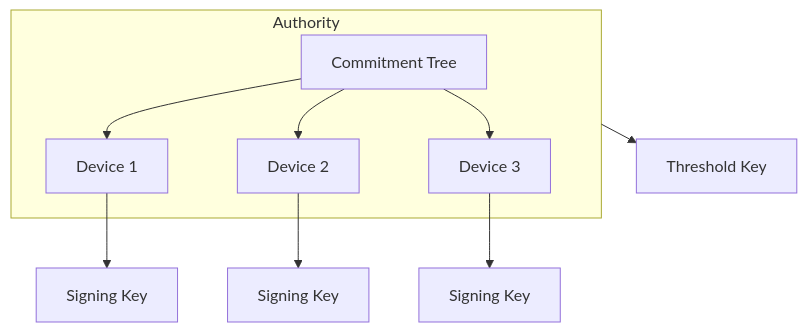
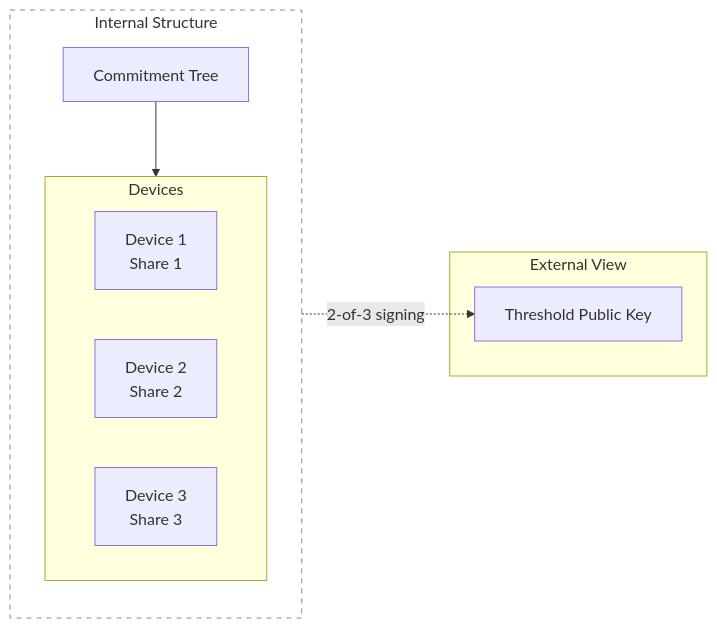
The second of 4 diagrams in docs/001_system_architecture.md (hxrts/aura), drawn with Mermaid before and after one commit. The commit also changed other lines of this file, not shown here.

Commit message:
docs: clarify authority structure diagram with internal/external view

````diff
--- a/docs/001_system_architecture.md
+++ b/docs/001_system_architecture.md
@@ -71,15 +71,22 @@
 ```mermaid
-flowchart TB
-    subgraph Authority
-        CT[Commitment Tree]
-        CT --> D1[Device 1]
-        CT --> D2[Device 2]
-        CT --> D3[Device 3]
+flowchart LR
+    subgraph External View
+        PK[Threshold Public Key]
     end
 
-    D1 --> K1[Signing Key]
-    D2 --> K2[Signing Key]
-    D3 --> K3[Signing Key]
+    subgraph Authority [Internal Structure]
+        direction TB
+        CT[Commitment Tree]
+        subgraph Devices
+            direction LR
+            D1[Device 1<br/>Share 1]
+            D2[Device 2<br/>Share 2]
+            D3[Device 3<br/>Share 3]
+        end
+        CT --> Devices
+    end
 
-    Authority --> TK[Threshold Key]
+    Devices -.->|2-of-3 signing| PK
+
+    style Authority fill:transparent,stroke:#888,stroke-dasharray: 5 5
 ```
````
